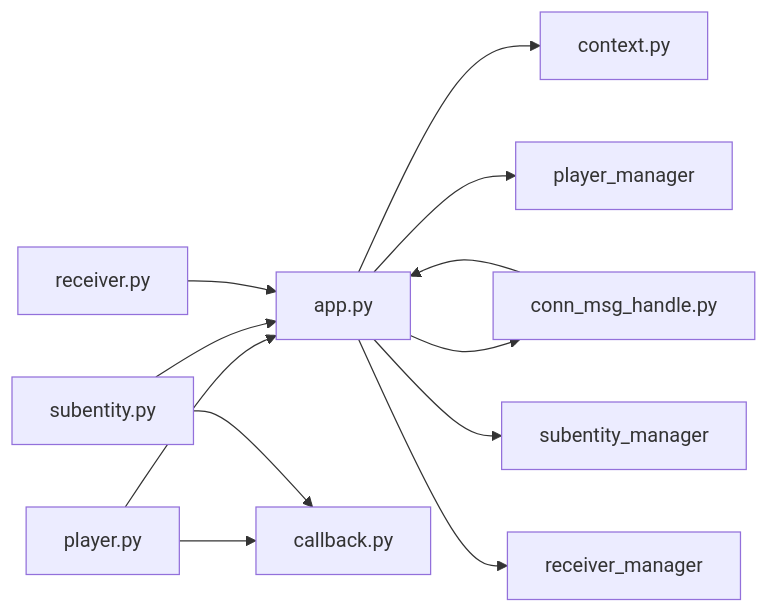
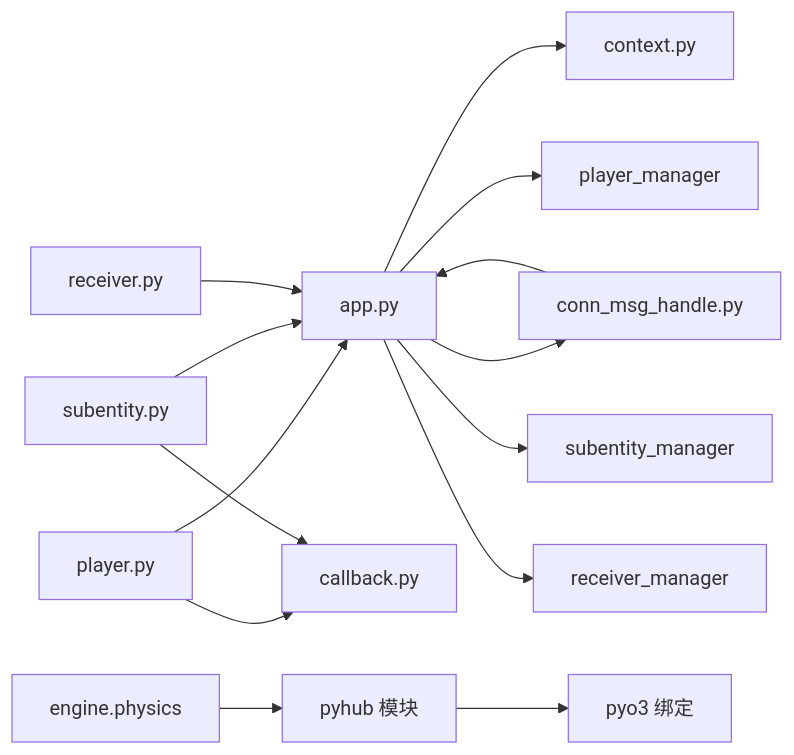
The seventh of 9 diagrams in .qoder/repowiki/zh/content/客户端 SDK/Python 客户端.md (qianqians/geese), drawn with Mermaid before and after one commit. The commit also changed other lines of this file and 5 other files, not shown here.

````diff
--- a/.qoder/repowiki/zh/content/客户端 SDK/Python 客户端.md
+++ b/.qoder/repowiki/zh/content/客户端 SDK/Python 客户端.md
@@ -305,14 +426,16 @@
 ```mermaid
 graph LR
 APP["app.py"] --> CTX["context.py"]
 APP --> CMH["conn_msg_handle.py"]
 APP --> PLRM["player_manager"]
 APP --> SUBM["subentity_manager"]
 APP --> RCRM["receiver_manager"]
 CMH --> APP
 PLR["player.py"] --> APP
 SUB["subentity.py"] --> APP
 RCV["receiver.py"] --> APP
 PLR --> CBK["callback.py"]
 SUB --> CBK
+PHYS["engine.physics"] --> PYHUB["pyhub 模块"]
+PYHUB --> PYMOD["pyo3 绑定"]
 ```
````
